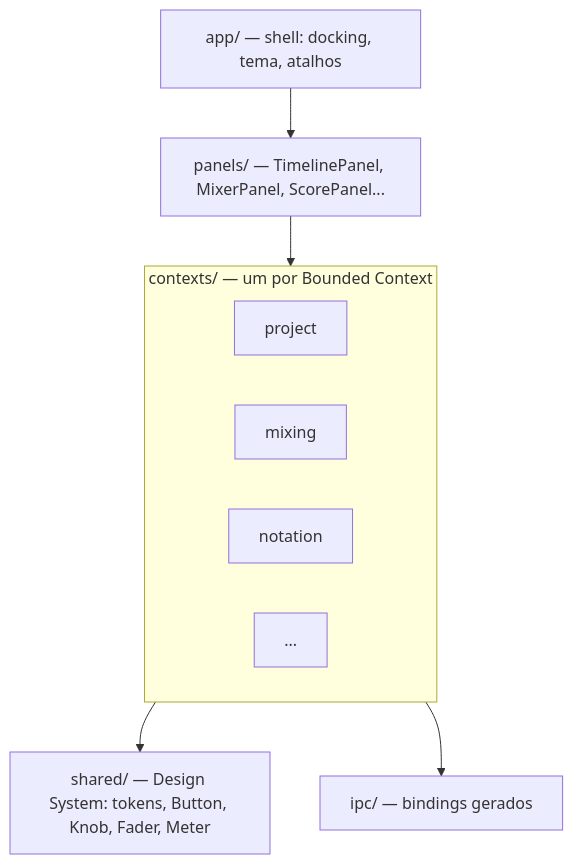
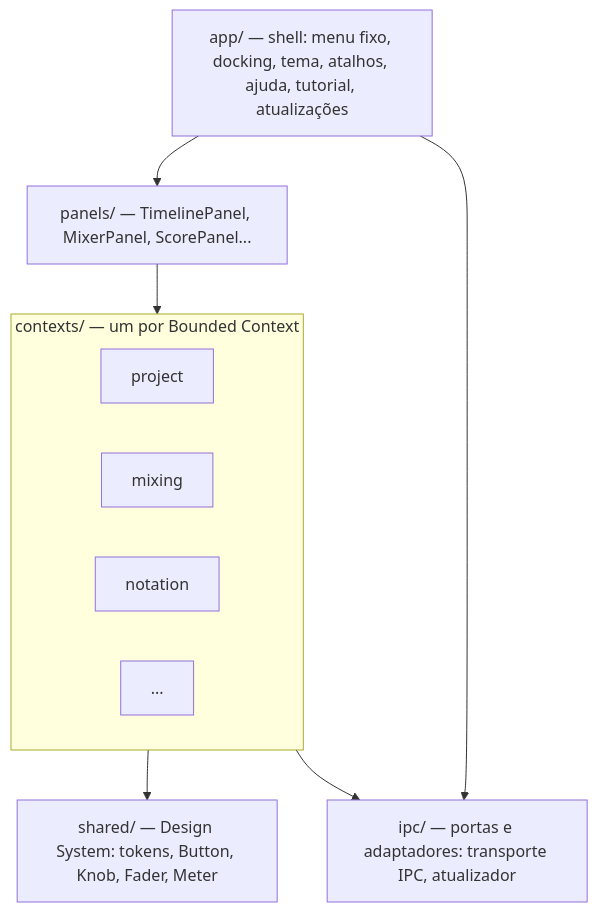
Before and after one commit to TokumoH/Ebiki-Studio: the tenth of 11 diagrams in docs/arquitetura/2026-11-05-arquitetura-geral.md, drawn with Mermaid. The commit also changed other lines of this file and 16 other files, not shown here.

````diff
--- a/docs/arquitetura/2026-11-05-arquitetura-geral.md
+++ b/docs/arquitetura/2026-11-05-arquitetura-geral.md
@@ -408,15 +413,16 @@
 ```mermaid
 flowchart TB
-    APP[app/ — shell: docking, tema, atalhos]
+    APP[app/ — shell: menu fixo, docking, tema, atalhos, ajuda, tutorial, atualizações]
     PAN[panels/ — TimelinePanel, MixerPanel, ScorePanel...]
     subgraph CTX[contexts/ — um por Bounded Context]
         CP[project]
         CM[mixing]
         CN[notation]
         CO[...]
     end
     SH[shared/ — Design System: tokens, Button, Knob, Fader, Meter]
-    IPC[ipc/ — bindings gerados]
+    IPC[ipc/ — portas e adaptadores: transporte IPC, atualizador]
     APP --> PAN --> CTX --> SH
     CTX --> IPC
+    APP --> IPC
 ```
````
